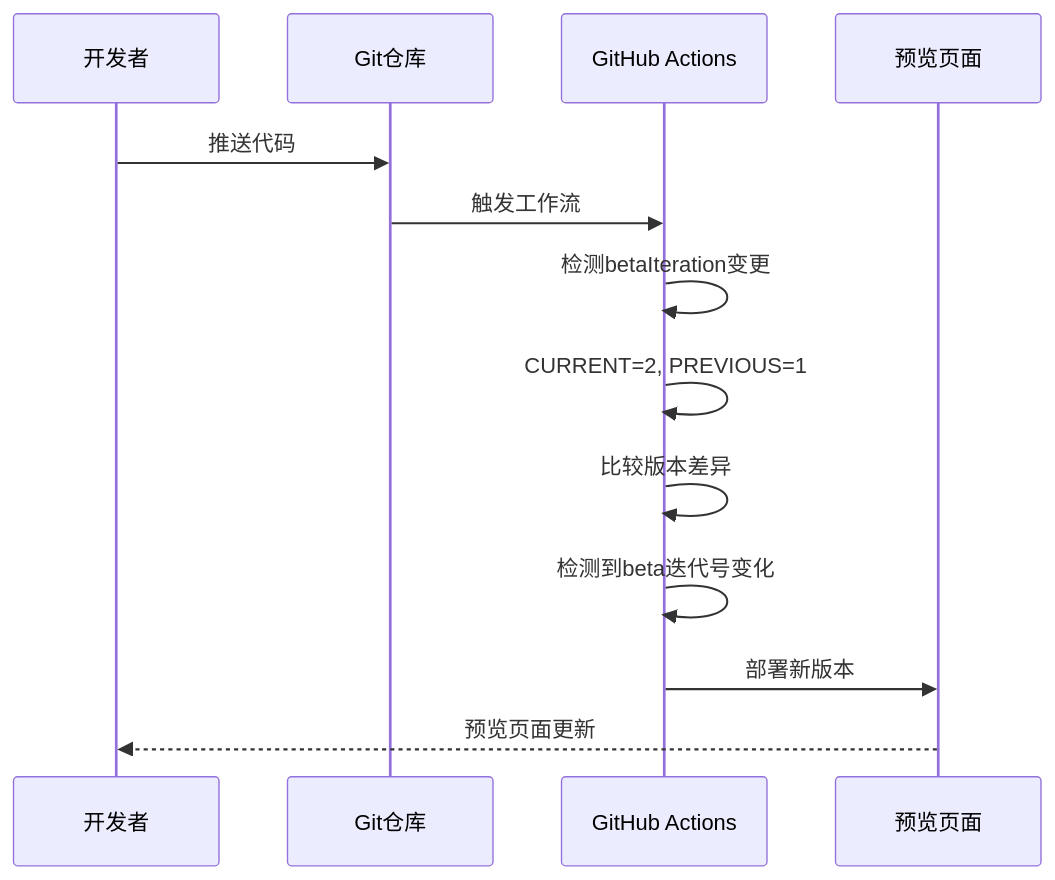
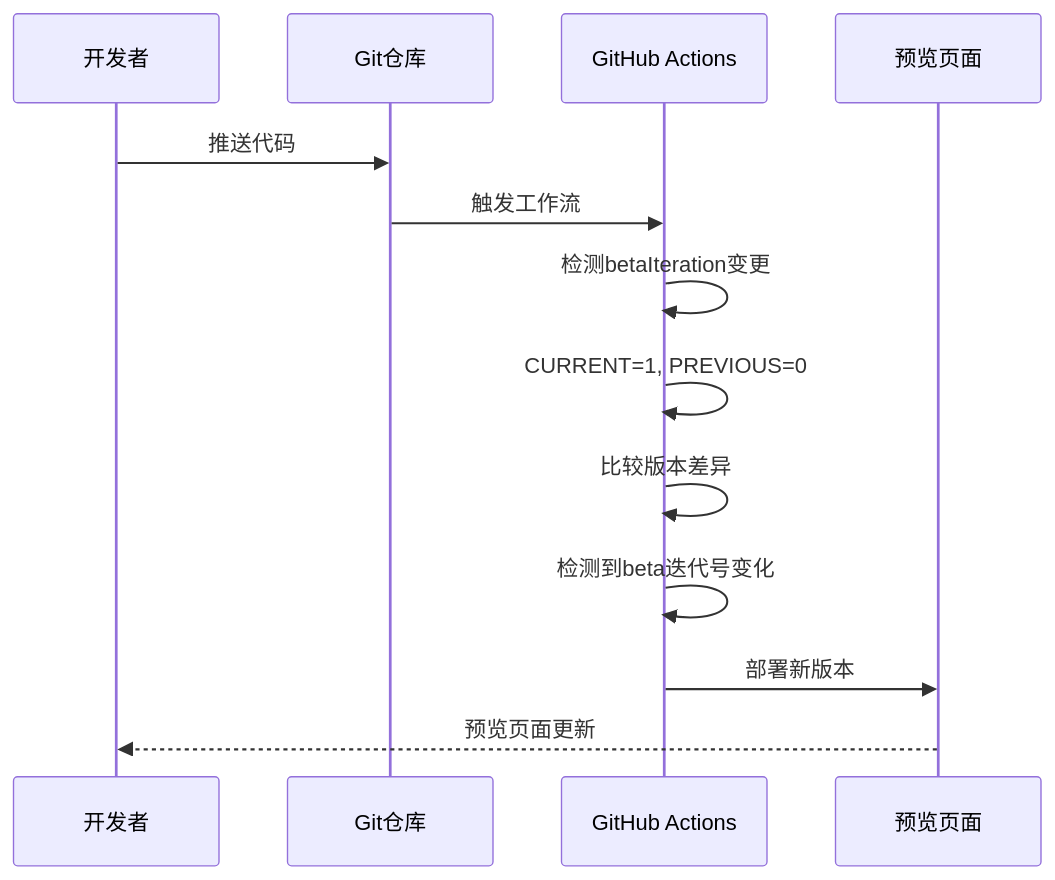
One commit to kqcoxn/MaaPipelineEditor changed diagram 20 of 20 in .qoder/repowiki/zh/content/Config Store/Config Store.md. Above: the diagram before and after it, drawn with Mermaid. The commit also changed other lines of this file and 50 other files, not shown here.

````diff
--- a/.qoder/repowiki/zh/content/Config Store/Config Store.md
+++ b/.qoder/repowiki/zh/content/Config Store/Config Store.md
@@ -853,15 +1051,15 @@
 ```mermaid
 sequenceDiagram
 participant Dev as 开发者
 participant Repo as Git仓库
 participant Actions as GitHub Actions
 participant Preview as 预览页面
 Dev->>Repo : 推送代码
 Repo->>Actions : 触发工作流
 Actions->>Actions : 检测betaIteration变更
-Actions->>Actions : CURRENT=2, PREVIOUS=1
+Actions->>Actions : CURRENT=1, PREVIOUS=0
 Actions->>Actions : 比较版本差异
 Actions->>Actions : 检测到beta迭代号变化
 Actions->>Preview : 部署新版本
 Preview-->>Dev : 预览页面更新
 ```
````
